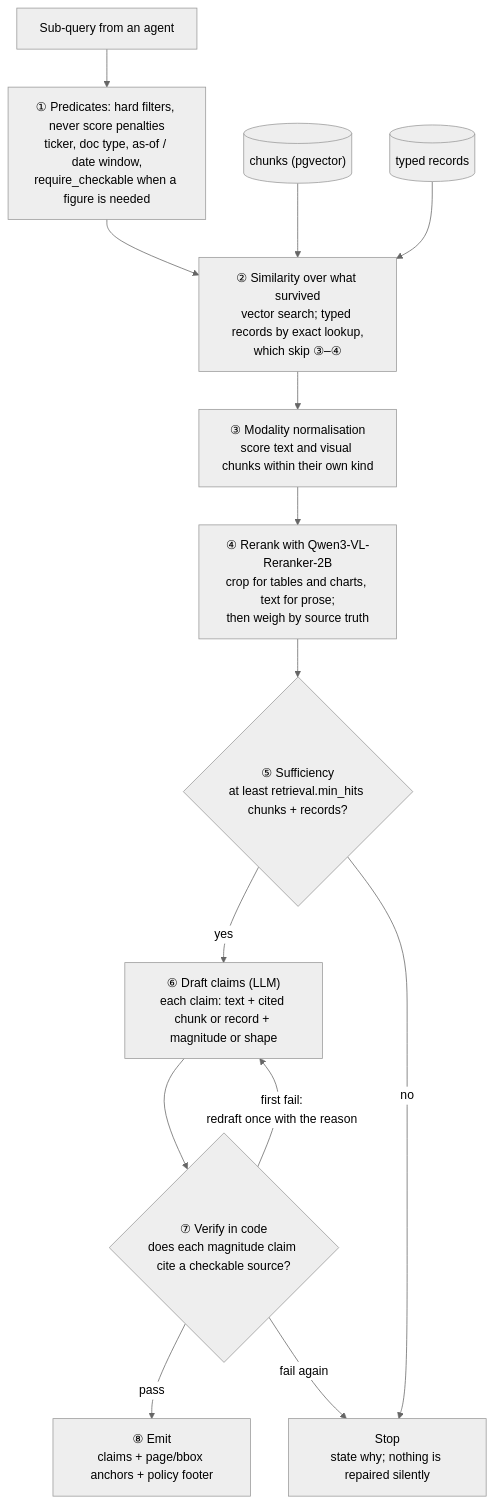
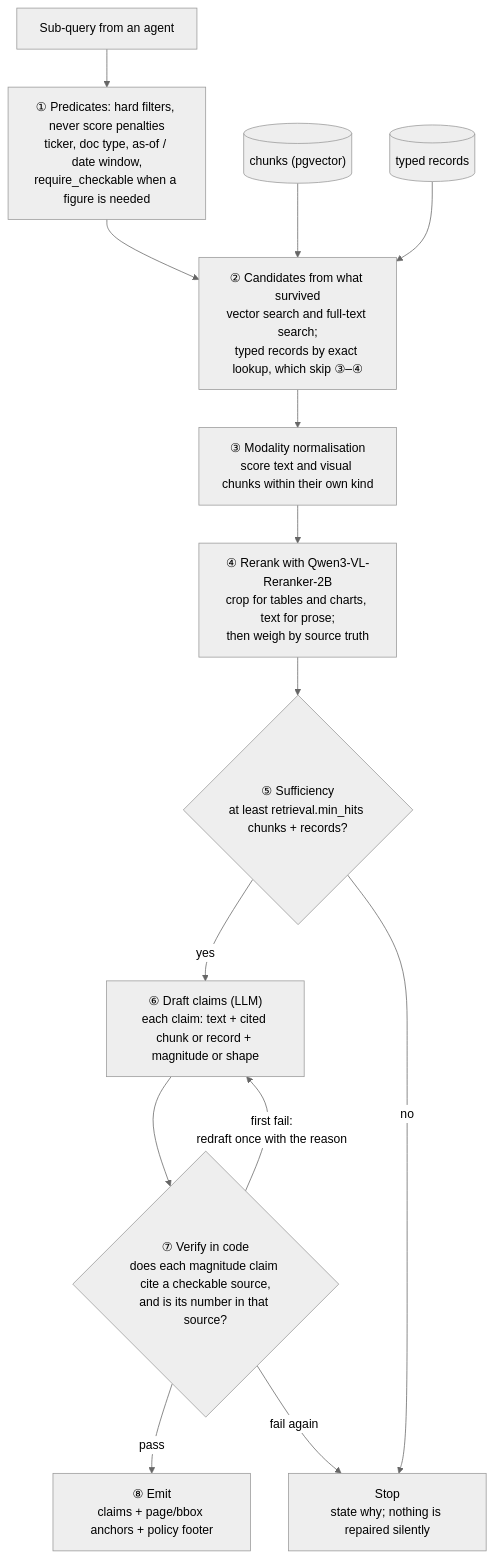
One commit to chazyman/financial-agent-capstone changed the third of 5 diagrams in PROPOSAL.md. Above: the diagram before and after it, drawn with Mermaid (neutral theme). The commit also changed other lines of this file and 5 other files, not shown here.

````diff
--- a/PROPOSAL.md
+++ b/PROPOSAL.md
@@ -256,25 +256,25 @@
 ```mermaid
 flowchart TB
     Q["Sub-query from an agent"]
     P["① Predicates: hard filters, never score penalties<br/>ticker, doc type, as-of / date window,<br/>require_checkable when a figure is needed"]
-    SIM["② Similarity over what survived<br/>vector search; typed records by exact lookup,<br/>which skip ③–④"]
+    SIM["② Candidates from what survived<br/>vector search and full-text search;<br/>typed records by exact lookup, which skip ③–④"]
     NORM["③ Modality normalisation<br/>score text and visual chunks within their own kind"]
     RR["④ Rerank with Qwen3-VL-Reranker-2B<br/>crop for tables and charts, text for prose;<br/>then weigh by source truth"]
     SUF{"⑤ Sufficiency<br/>at least retrieval.min_hits chunks + records?"}
     DRAFT["⑥ Draft claims (LLM)<br/>each claim: text + cited chunk or record + magnitude or shape"]
-    VERIFY{"⑦ Verify in code<br/>does each magnitude claim cite a checkable source?"}
+    VERIFY{"⑦ Verify in code<br/>does each magnitude claim cite a checkable source,<br/>and is its number in that source?"}
     EMIT["⑧ Emit<br/>claims + page/bbox anchors + policy footer"]
     STOP["Stop<br/>state why; nothing is repaired silently"]
 
     C2[("chunks (pgvector)")]
     C1[("typed records")]
 
     Q --> P --> SIM --> NORM --> RR --> SUF
     C2 --> SIM
     C1 --> SIM
     SUF -->|yes| DRAFT --> VERIFY
     SUF -->|no| STOP
     VERIFY -->|pass| EMIT
     VERIFY -->|"first fail:<br/>redraft once with the reason"| DRAFT
     VERIFY -->|fail again| STOP
 ```
````
